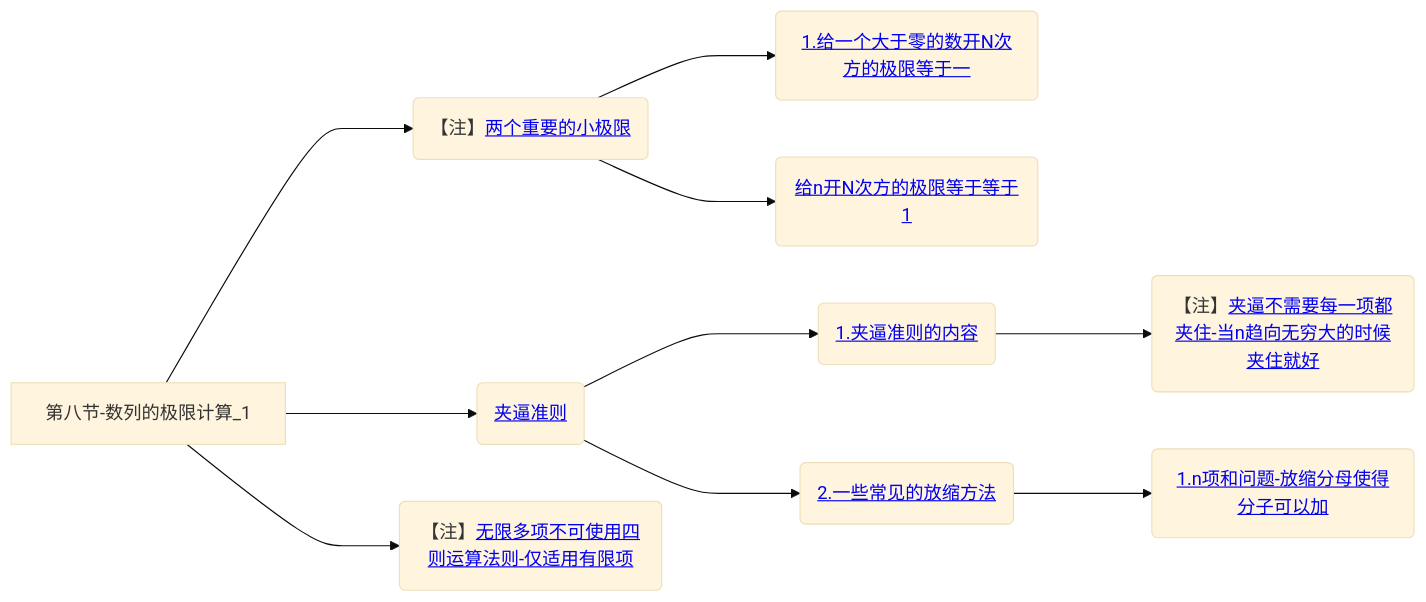
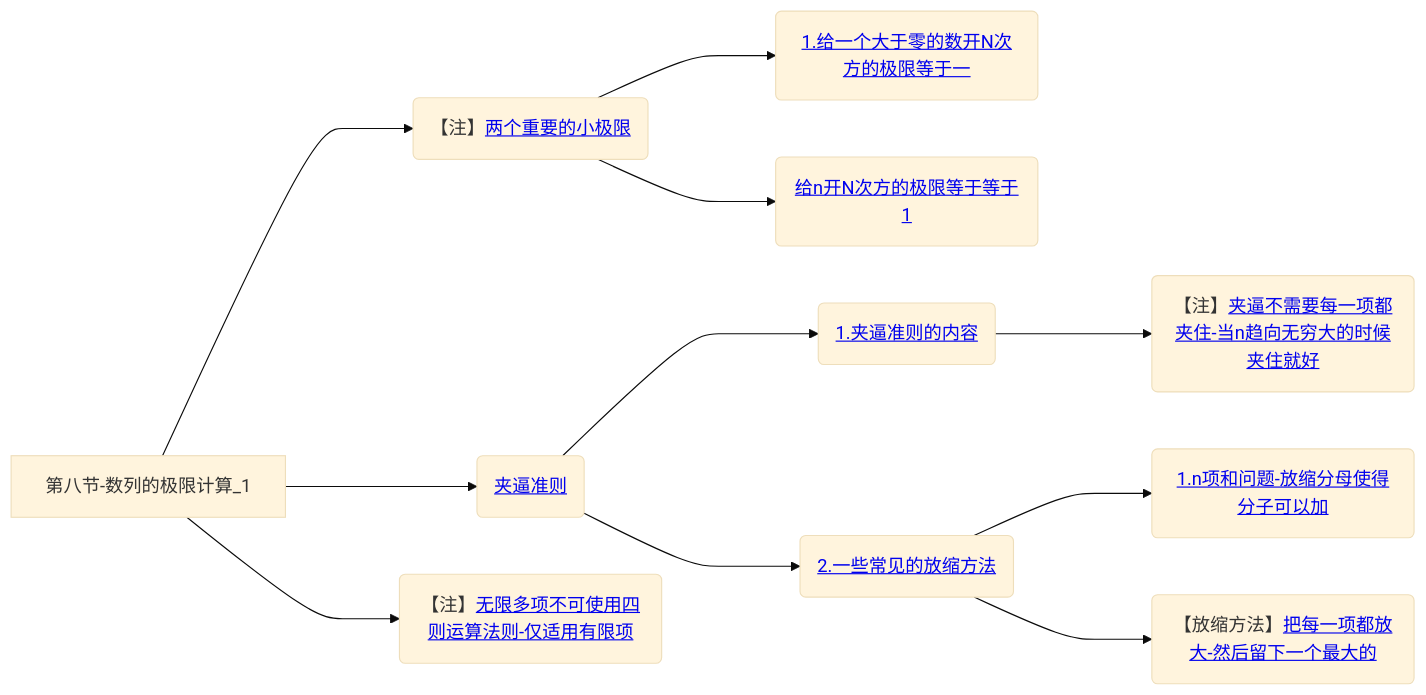
Before and after one commit to yuebinghui/note: the eighth of 8 diagrams in 笔记/数学/周洋鑫/01.基础班思维导图.md, drawn with Mermaid (base theme). The commit also changed 5 other files, not shown here.

````diff
--- a/笔记/数学/周洋鑫/01.基础班思维导图.md
+++ b/笔记/数学/周洋鑫/01.基础班思维导图.md
@@ -311,17 +311,18 @@
 ```mermaid
 graph LR
 第八节-数列的极限计算_1
 
 第八节-数列的极限计算_1--->两个重要的小极限(【注】<a href="/Users/yuebinghui/Documents/program/github/note/笔记/数学/周洋鑫/基础班/08.数列的极限计算_1.md#两个重要的小极限">两个重要的小极限</>)
 两个重要的小极限--->1.给一个大于零的数开N次方的极限等于一(<a href="/Users/yuebinghui/Documents/program/github/note/笔记/数学/周洋鑫/基础班/08.数列的极限计算_1.md#1.给一个大于零的数开N次方的极限等于一">1.给一个大于零的数开N次方的极限等于一</>)
 两个重要的小极限--->给n开N次方的极限等于等于1(<a href="/Users/yuebinghui/Documents/program/github/note/笔记/数学/周洋鑫/基础班/08.数列的极限计算_1.md#给n开N次方的极限等于等于1">给n开N次方的极限等于等于1</>)
 
 第八节-数列的极限计算_1--->夹逼准则(<a href="/Users/yuebinghui/Documents/program/github/note/笔记/数学/周洋鑫/基础班/08.数列的极限计算_1.md#夹逼准则">夹逼准则</>)
 夹逼准则--->1.夹逼准则的内容(<a href="/Users/yuebinghui/Documents/program/github/note/笔记/数学/周洋鑫/基础班/08.数列的极限计算_1.md#1.夹逼准则的内容">1.夹逼准则的内容</>)
 1.夹逼准则的内容--->夹逼不需要每一项都夹住-当n趋向无穷大的时候夹住就好(【注】<a href="/Users/yuebinghui/Documents/program/github/note/笔记/数学/周洋鑫/基础班/08.数列的极限计算_1.md#夹逼不需要每一项都夹住-当n趋向无穷大的时候夹住就好">夹逼不需要每一项都夹住-当n趋向无穷大的时候夹住就好</>)
 
 第八节-数列的极限计算_1--->无限多项不可使用四则运算法则-仅适用有限项(【注】<a href="/Users/yuebinghui/Documents/program/github/note/笔记/数学/周洋鑫/基础班/08.数列的极限计算_1.md#无限多项不可使用四则运算法则-仅适用有限项">无限多项不可使用四则运算法则-仅适用有限项</>)
 
 夹逼准则--->2.一些常见的放缩方法(<a href="/Users/yuebinghui/Documents/program/github/note/笔记/数学/周洋鑫/基础班/08.数列的极限计算_1.md#2.一些常见的放缩方法">2.一些常见的放缩方法</>)
 2.一些常见的放缩方法--->1.n项和问题-放缩分母使得分子可以加(<a href="/Users/yuebinghui/Documents/program/github/note/笔记/数学/周洋鑫/基础班/08.数列的极限计算_1.md#1.n项和问题-放缩分母使得分子可以加">1.n项和问题-放缩分母使得分子可以加</>)
+2.一些常见的放缩方法--->把每一项都放大-然后留下一个最大的(【放缩方法】<a href="/Users/yuebinghui/Documents/program/github/note/笔记/数学/周洋鑫/基础班/08.数列的极限计算_1.md#把每一项都放大-然后留下一个最大的">把每一项都放大-然后留下一个最大的</>)
 ```
````
